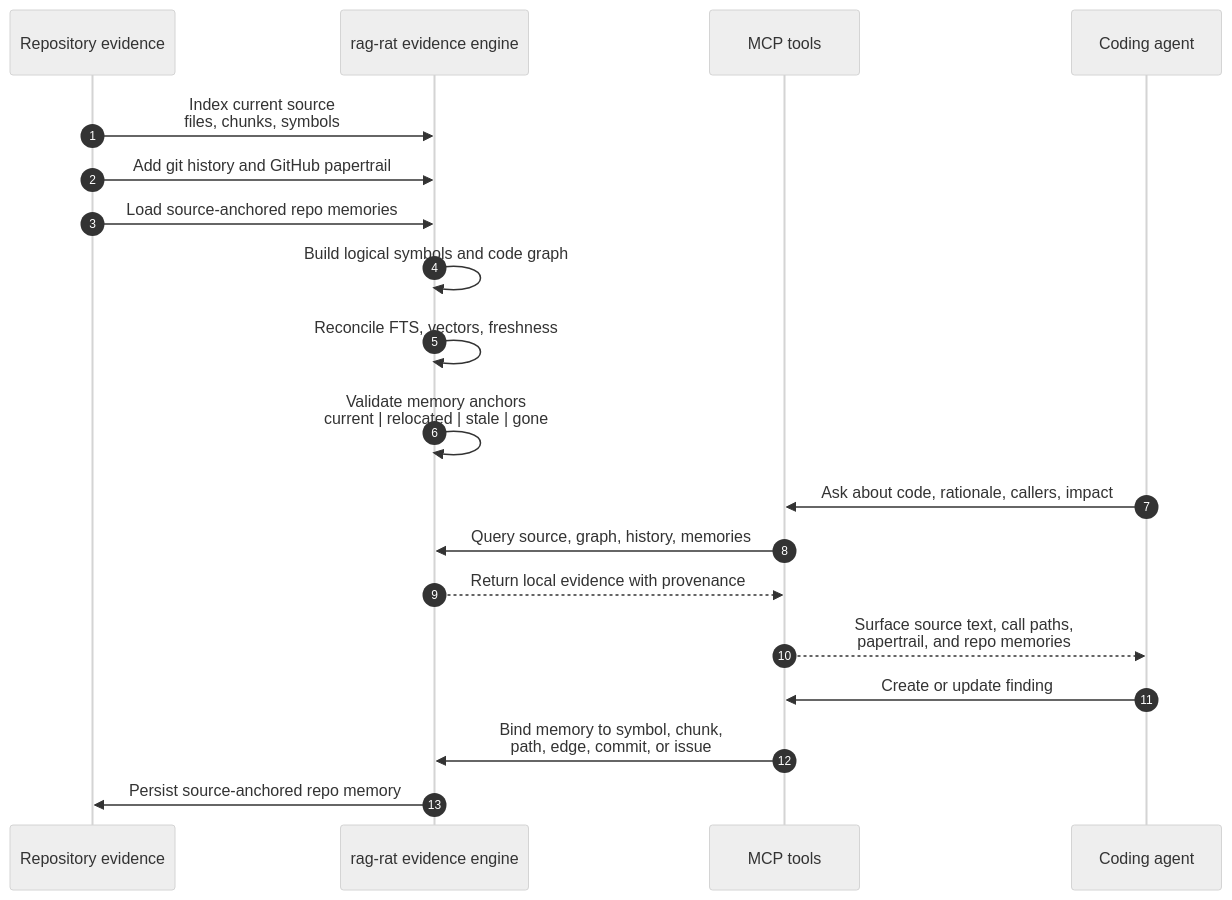
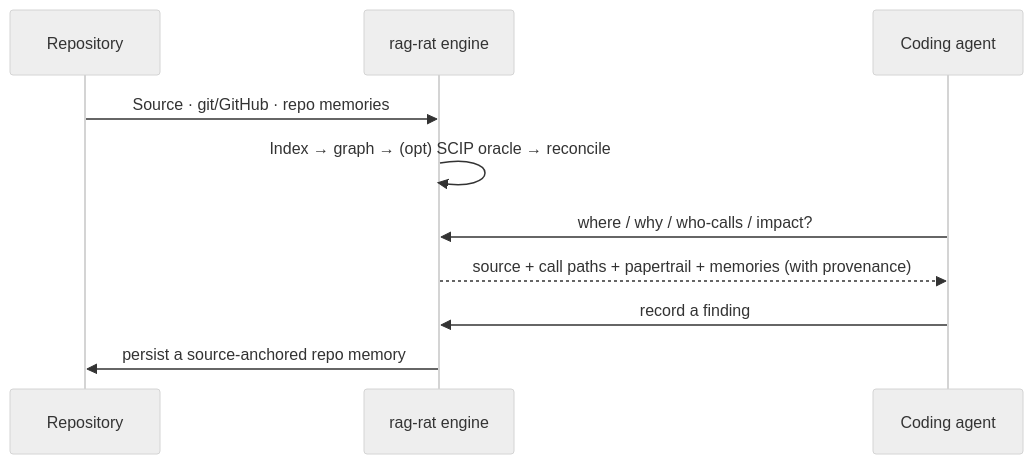
Before and after one commit to Nitjsefnie-OSC/rag-rat: the diagram in README.md, drawn with Mermaid (neutral theme). The commit also changed other lines of this file and 5 other files, not shown here.

First line of the commit message:
docs: rewrite README, add oracle/grep-augmentation docs, fix MCP setup footgun

````diff
--- a/README.md
+++ b/README.md
@@ -21,26 +17,13 @@
 ```mermaid
 sequenceDiagram
-    autonumber
-
-    participant Repo as Repository evidence
-    participant Engine as rag-rat evidence engine
-    participant MCP as MCP tools
+    participant Repo as Repository
+    participant Engine as rag-rat engine
     participant Agent as Coding agent
 
-    Repo->>Engine: Index current source<br/>files, chunks, symbols
-    Repo->>Engine: Add git history and GitHub papertrail
-    Repo->>Engine: Load source-anchored repo memories
-
-    Engine->>Engine: Build logical symbols and code graph
-    Engine->>Engine: Reconcile FTS, vectors, freshness
-    Engine->>Engine: Validate memory anchors<br/>current | relocated | stale | gone
-
-    Agent->>MCP: Ask about code, rationale, callers, impact
-    MCP->>Engine: Query source, graph, history, memories
-    Engine-->>MCP: Return local evidence with provenance
-    MCP-->>Agent: Surface source text, call paths,<br/>papertrail, and repo memories
-
-    Agent->>MCP: Create or update finding
-    MCP->>Engine: Bind memory to symbol, chunk,<br/>path, edge, commit, or issue
-    Engine->>Repo: Persist source-anchored repo memory
+    Repo->>Engine: Source · git/GitHub · repo memories
+    Engine->>Engine: Index → graph → (opt) SCIP oracle → reconcile
+    Agent->>Engine: where / why / who-calls / impact?
+    Engine-->>Agent: source + call paths + papertrail + memories (with provenance)
+    Agent->>Engine: record a finding
+    Engine->>Repo: persist a source-anchored repo memory
 ```
````
